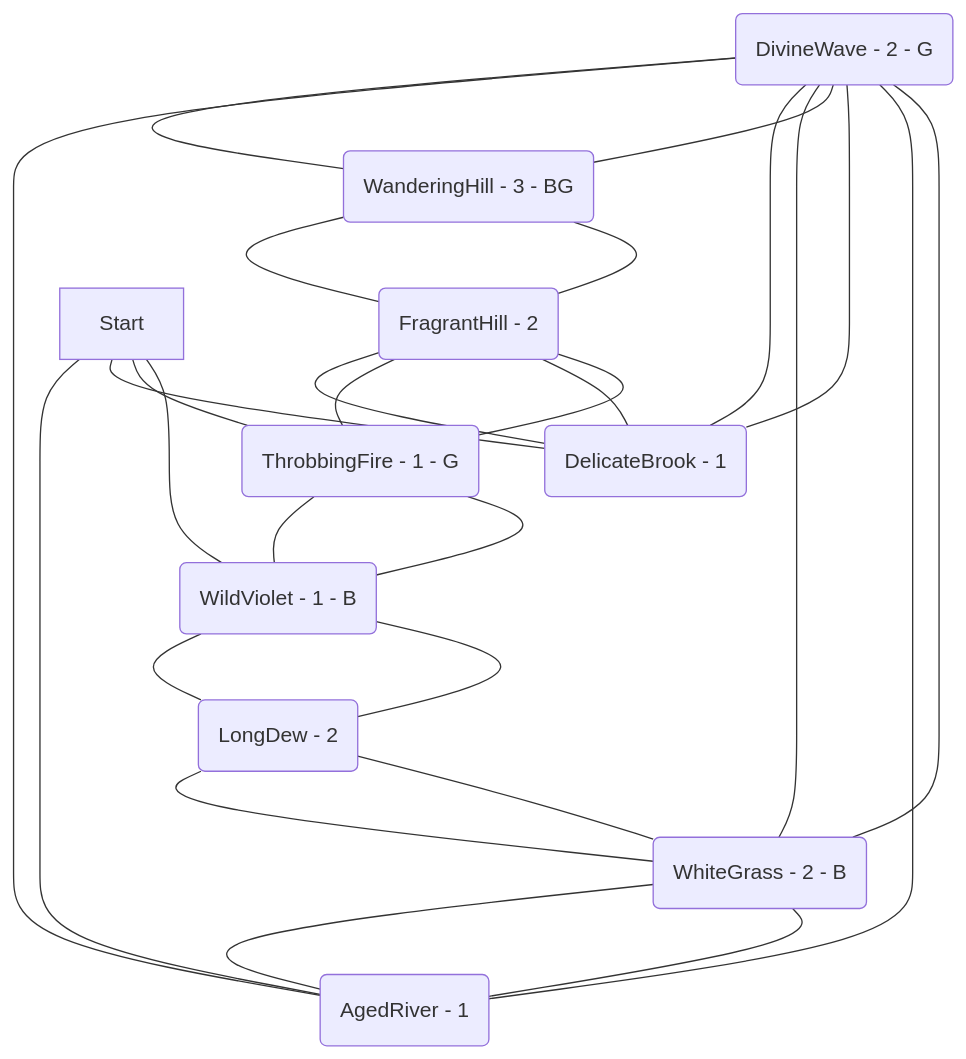
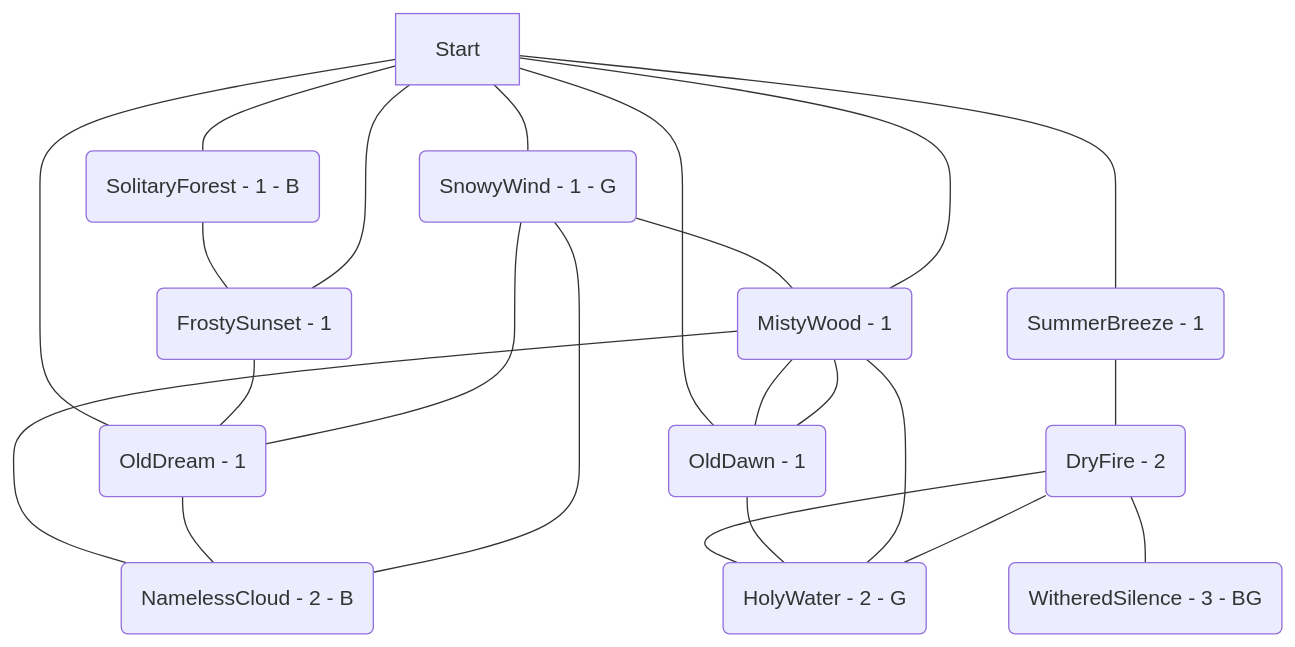
Before and after one commit to kinostl/Automatic-Liberation-Map: the diagram in examples/004.md, drawn with Mermaid. The commit also changed other lines of this file and 9 other files, not shown here.

````diff
--- a/examples/004.md
+++ b/examples/004.md
@@ -4,29 +4,25 @@
 ```mermaid  
 flowchart TD  
-	jSsVnoQq(DivineWave - 2 - G) --- nfUjQHOm(WanderingHill - 3 - BG)  
-	fReYkOgM(FragrantHill - 2) --- nfUjQHOm(WanderingHill - 3 - BG)  
-	fReYkOgM(FragrantHill - 2) --- hMNZcbOY(DelicateBrook - 1)  
-	WxKrFzJv(LongDew - 2) --- ZPINzRrn(WildViolet - 1 - B)  
-	nfUjQHOm(WanderingHill - 3 - BG) --- jSsVnoQq(DivineWave - 2 - G)  
-	ZPINzRrn(WildViolet - 1 - B) --- hHejZJxc(ThrobbingFire - 1 - G)  
-	hHejZJxc(ThrobbingFire - 1 - G) --- ZPINzRrn(WildViolet - 1 - B)  
-	dfFIYhEA(AgedRiver - 1) --- jSsVnoQq(DivineWave - 2 - G)  
-	Start --- dfFIYhEA(AgedRiver - 1)  
-	qPudmprA(WhiteGrass - 2 - B) --- dfFIYhEA(AgedRiver - 1)  
-	hHejZJxc(ThrobbingFire - 1 - G) --- fReYkOgM(FragrantHill - 2)  
-	hMNZcbOY(DelicateBrook - 1) --- jSsVnoQq(DivineWave - 2 - G)  
-	WxKrFzJv(LongDew - 2) --- qPudmprA(WhiteGrass - 2 - B)  
-	jSsVnoQq(DivineWave - 2 - G) --- dfFIYhEA(AgedRiver - 1)  
-	Start --- hMNZcbOY(DelicateBrook - 1)  
-	Start --- hHejZJxc(ThrobbingFire - 1 - G)  
-	qPudmprA(WhiteGrass - 2 - B) --- WxKrFzJv(LongDew - 2)  
-	ZPINzRrn(WildViolet - 1 - B) --- WxKrFzJv(LongDew - 2)  
-	fReYkOgM(FragrantHill - 2) --- hHejZJxc(ThrobbingFire - 1 - G)  
-	jSsVnoQq(DivineWave - 2 - G) --- hMNZcbOY(DelicateBrook - 1)  
-	qPudmprA(WhiteGrass - 2 - B) --- jSsVnoQq(DivineWave - 2 - G)  
-	dfFIYhEA(AgedRiver - 1) --- qPudmprA(WhiteGrass - 2 - B)  
-	Start --- ZPINzRrn(WildViolet - 1 - B)  
-	jSsVnoQq(DivineWave - 2 - G) --- qPudmprA(WhiteGrass - 2 - B)  
-	nfUjQHOm(WanderingHill - 3 - BG) --- fReYkOgM(FragrantHill - 2)  
-	hMNZcbOY(DelicateBrook - 1) --- fReYkOgM(FragrantHill - 2)  
+	rZxCzjIY(DryFire - 2) --- qvAjVlOy(WitheredSilence - 3 - BG)  
+	Start --- aKZhcpmY(OldDream - 1)  
+	aFCyDUTs(SnowyWind - 1 - G) --- xAHODJNs(MistyWood - 1)  
+	KlCQPMxI(OldDawn - 1) --- xAHODJNs(MistyWood - 1)  
+	rZxCzjIY(DryFire - 2) --- LtOgMTfc(HolyWater - 2 - G)  
+	iXydIHmY(SolitaryForest - 1 - B) --- RvMmVeny(FrostySunset - 1)  
+	Start --- xAHODJNs(MistyWood - 1)  
+	RvMmVeny(FrostySunset - 1) --- aKZhcpmY(OldDream - 1)  
+	Start --- KlCQPMxI(OldDawn - 1)  
+	aFCyDUTs(SnowyWind - 1 - G) --- aKZhcpmY(OldDream - 1)  
+	Start --- RvMmVeny(FrostySunset - 1)  
+	KlCQPMxI(OldDawn - 1) --- LtOgMTfc(HolyWater - 2 - G)  
+	xAHODJNs(MistyWood - 1) --- LtOgMTfc(HolyWater - 2 - G)  
+	xAHODJNs(MistyWood - 1) --- KlCQPMxI(OldDawn - 1)  
+	Start --- DeHTdjhS(SummerBreeze - 1)  
+	xAHODJNs(MistyWood - 1) --- ZpVyKrtS(NamelessCloud - 2 - B)  
+	aKZhcpmY(OldDream - 1) --- ZpVyKrtS(NamelessCloud - 2 - B)  
+	LtOgMTfc(HolyWater - 2 - G) --- rZxCzjIY(DryFire - 2)  
+	aFCyDUTs(SnowyWind - 1 - G) --- ZpVyKrtS(NamelessCloud - 2 - B)  
+	DeHTdjhS(SummerBreeze - 1) --- rZxCzjIY(DryFire - 2)  
+	Start --- aFCyDUTs(SnowyWind - 1 - G)  
+	Start --- iXydIHmY(SolitaryForest - 1 - B)  
 ```  
````
